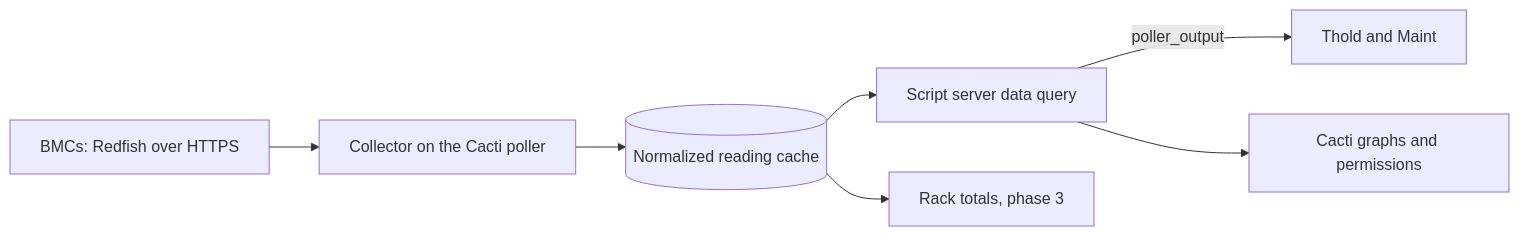
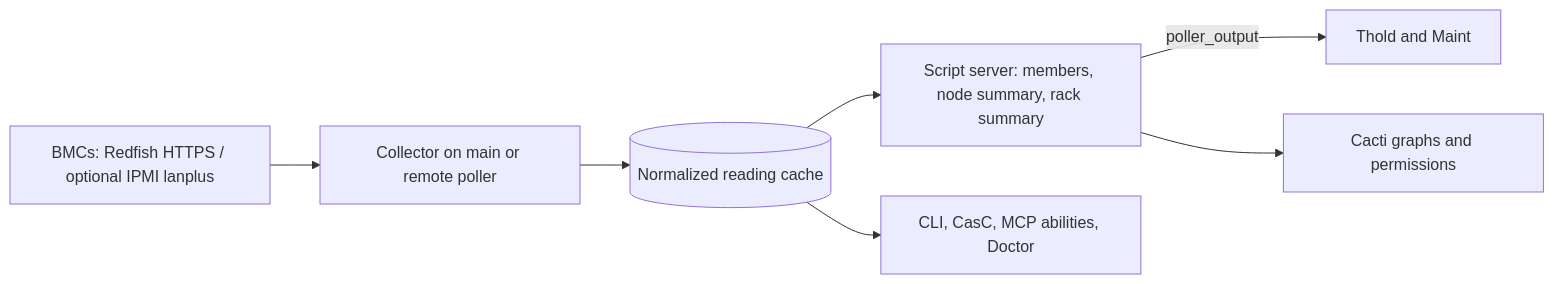
Before and after one commit to somethingwithproof/plugin_redfish: the diagram in README.md, drawn with Mermaid. The commit also changed other lines of this file, not shown here.

First line of the commit message:
docs(readme): document IPMI fallback, rack power rollup, remote collectors, and ecosystem hooks

````diff
--- a/README.md
+++ b/README.md
@@ -98,9 +138,9 @@
 ```mermaid
 flowchart LR
-    BMC[BMCs: Redfish over HTTPS] --> C[Collector on the Cacti poller]
+    BMC[BMCs: Redfish HTTPS / optional IPMI lanplus] --> C[Collector on main or remote poller]
     C --> CACHE[(Normalized reading cache)]
-    CACHE --> SS[Script server data query]
+    CACHE --> SS[Script server: members, node summary, rack summary]
     SS -->|poller_output| T[Thold and Maint]
     SS --> G[Cacti graphs and permissions]
-    CACHE --> R[Rack totals, phase 3]
+    CACHE --> ECO[CLI, CasC, MCP abilities, Doctor]
 ```
````
